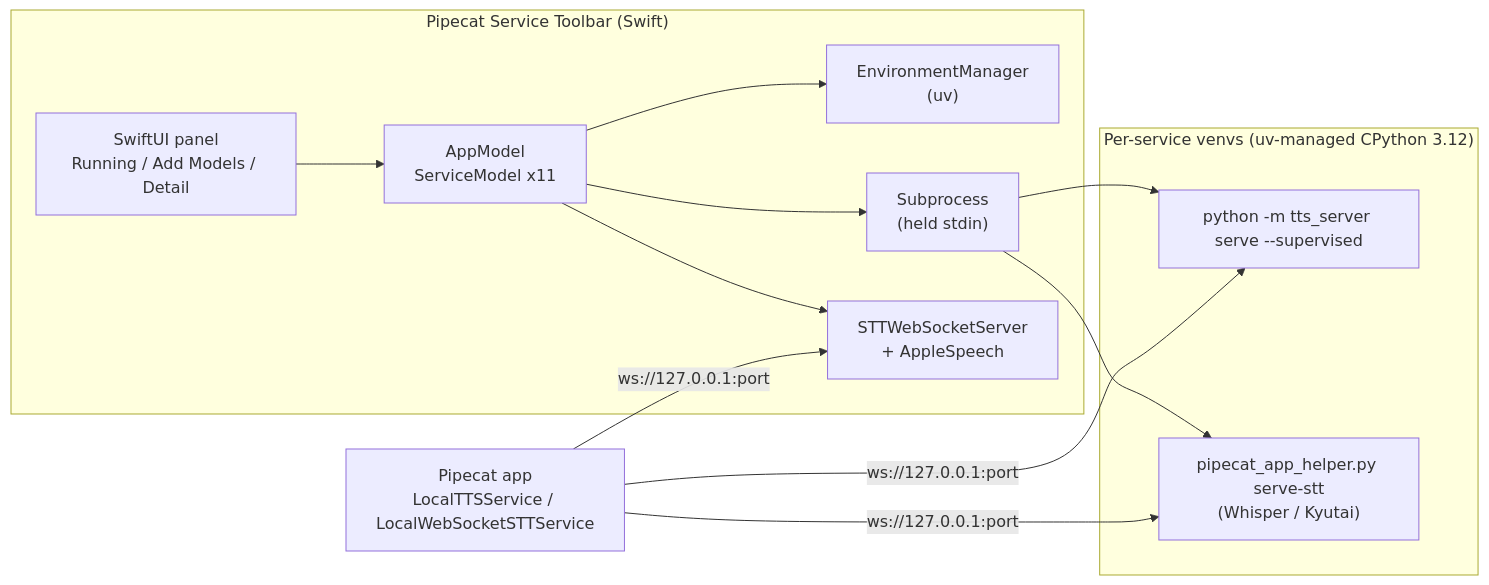
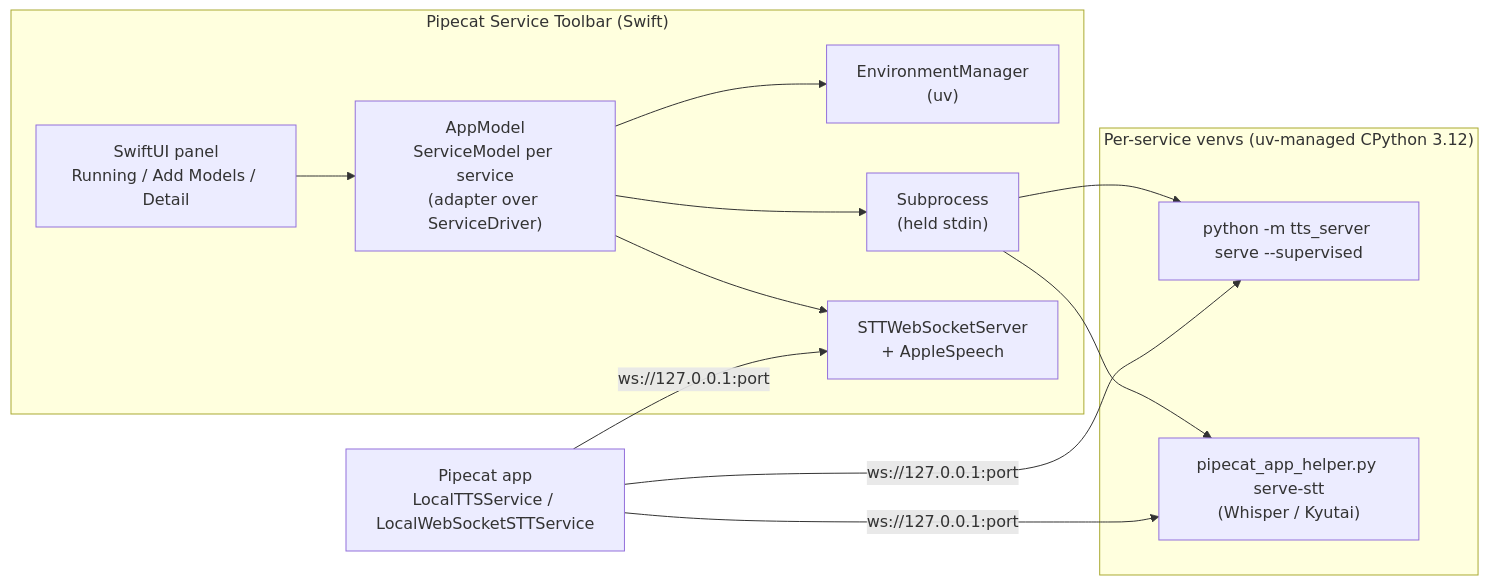
One commit to jptaylor/pipecat-local-tts-server changed the first of 3 diagrams in macos/docs/architecture.md. Above: the diagram before and after it, drawn with Mermaid. The commit also changed other lines of this file and 2 other files, not shown here.

````diff
--- a/macos/docs/architecture.md
+++ b/macos/docs/architecture.md
@@ -9,20 +9,20 @@
 ```mermaid
 flowchart LR
     subgraph App["Pipecat Service Toolbar (Swift)"]
         UI["SwiftUI panel<br/>Running / Add Models / Detail"]
-        AM["AppModel<br/>ServiceModel x11"]
+        AM["AppModel<br/>ServiceModel per service<br/>(adapter over ServiceDriver)"]
         EM["EnvironmentManager<br/>(uv)"]
         SUP["Subprocess<br/>(held stdin)"]
         AS["STTWebSocketServer<br/>+ AppleSpeech"]
     end
     subgraph Py["Per-service venvs (uv-managed CPython 3.12)"]
         TTS["python -m tts_server serve --supervised"]
         HLP["pipecat_app_helper.py serve-stt<br/>(Whisper / Kyutai)"]
     end
     BOT["Pipecat app<br/>LocalTTSService / LocalWebSocketSTTService"]
 
     UI --> AM --> EM
     AM --> SUP --> TTS & HLP
     AM --> AS
     BOT -- "ws://127.0.0.1:port" --> TTS & HLP & AS
 ```
````
